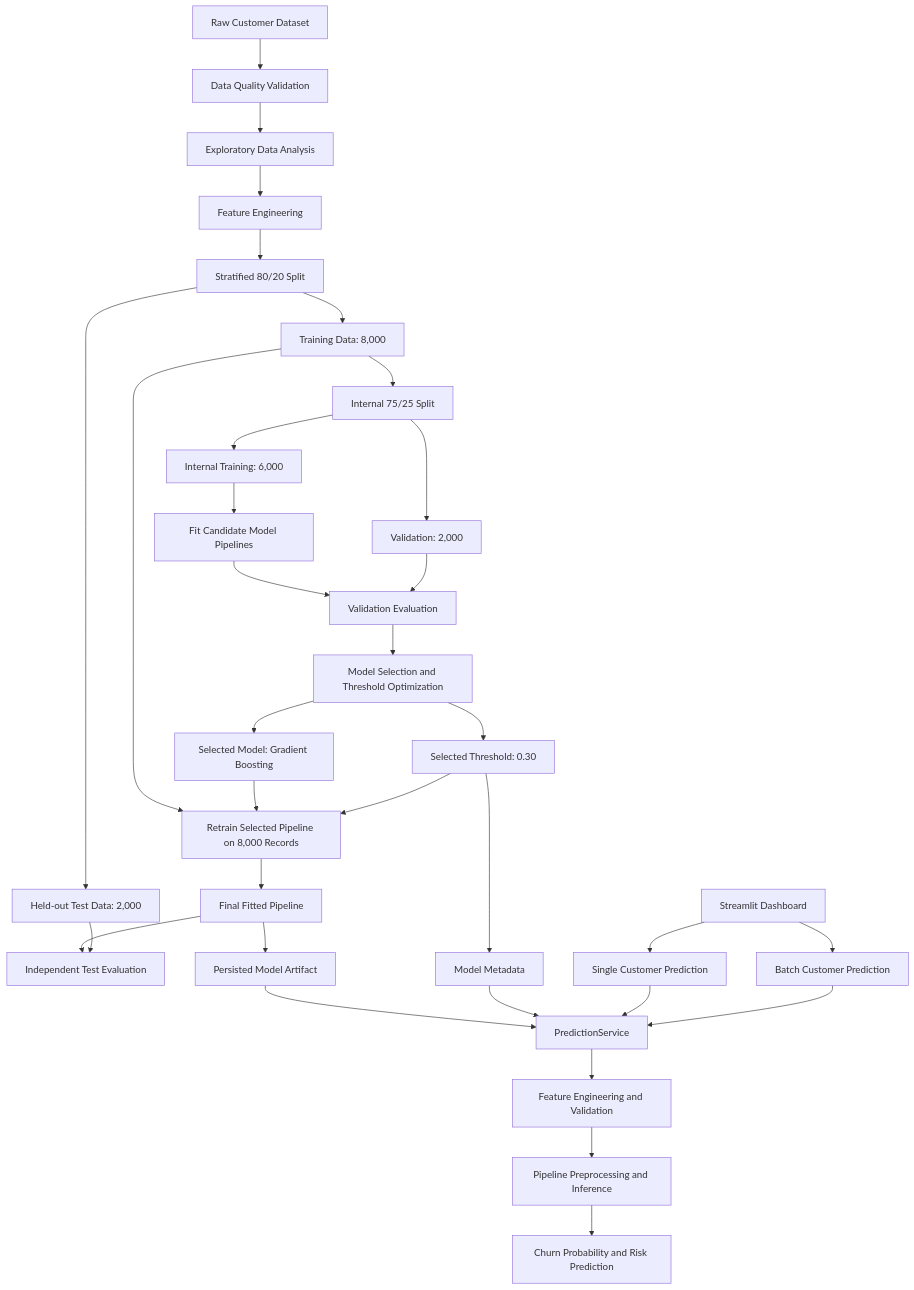
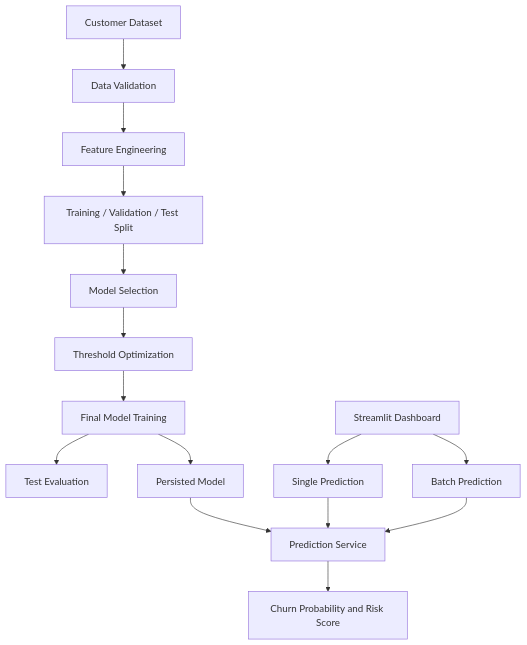
One commit to PranayIngole7/eurobank-customer-churn-prediction changed the diagram in README.md. Above: the diagram before and after it, drawn with Mermaid. The commit also changed other lines of this file and 4 other files, not shown here.

````diff
--- a/README.md
+++ b/README.md
@@ -101,43 +87,18 @@
 ```mermaid
 flowchart TD
-    A["Raw Customer Dataset"] --> B["Data Quality Validation"]
-    B --> C["Exploratory Data Analysis"]
-    C --> D["Feature Engineering"]
-    D --> E["Stratified 80/20 Split"]
+    A["Customer Dataset"] --> B["Data Validation"]
+    B --> C["Feature Engineering"]
+    C --> D["Training / Validation / Test Split"]
+    D --> E["Model Selection"]
+    E --> F["Threshold Optimization"]
+    F --> G["Final Model Training"]
+    G --> H["Test Evaluation"]
+    G --> I["Persisted Model"]
 
-    E --> F["Training Data: 8,000"]
-    E --> G["Held-out Test Data: 2,000"]
-
-    F --> H["Internal 75/25 Split"]
-    H --> I["Internal Training: 6,000"]
-    H --> J["Validation: 2,000"]
-
-    I --> K["Fit Candidate Model Pipelines"]
-    K --> L["Validation Evaluation"]
-    J --> L
-    L --> M["Model Selection and Threshold Optimization"]
-    M --> N["Selected Model: Gradient Boosting"]
-    M --> O["Selected Threshold: 0.30"]
-
-    F --> P["Retrain Selected Pipeline on 8,000 Records"]
-    N --> P
-    O --> P
-
-    P --> Q["Final Fitted Pipeline"]
-    Q --> R["Independent Test Evaluation"]
-    G --> R
-
-    Q --> S["Persisted Model Artifact"]
-    O --> T["Model Metadata"]
-    S --> U["PredictionService"]
-    T --> U
-
-    V["Streamlit Dashboard"] --> W["Single Customer Prediction"]
-    V --> X["Batch Customer Prediction"]
-    W --> U
-    X --> U
-
-    U --> Y["Feature Engineering and Validation"]
-    Y --> Z["Pipeline Preprocessing and Inference"]
-    Z --> AA["Churn Probability and Risk Prediction"]
+    I --> J["Prediction Service"]
+    K["Streamlit Dashboard"] --> L["Single Prediction"]
+    K --> M["Batch Prediction"]
+    L --> J
+    M --> J
+    J --> N["Churn Probability and Risk Score"]
 ```
````
